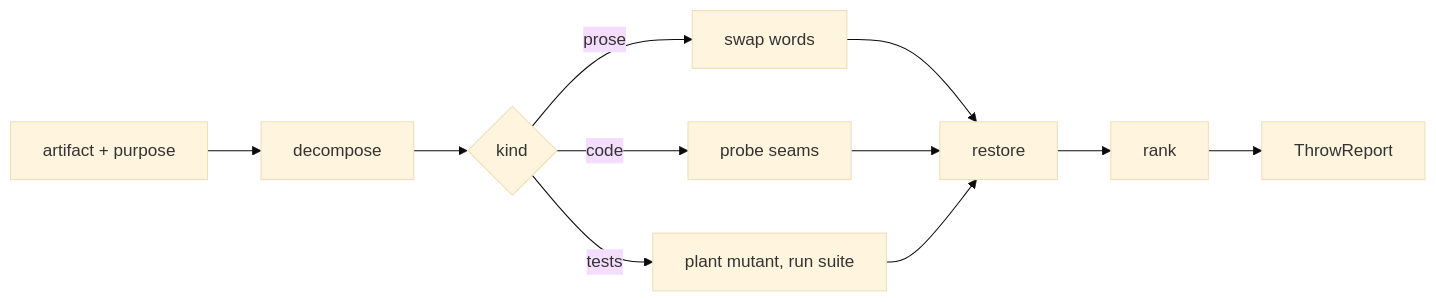
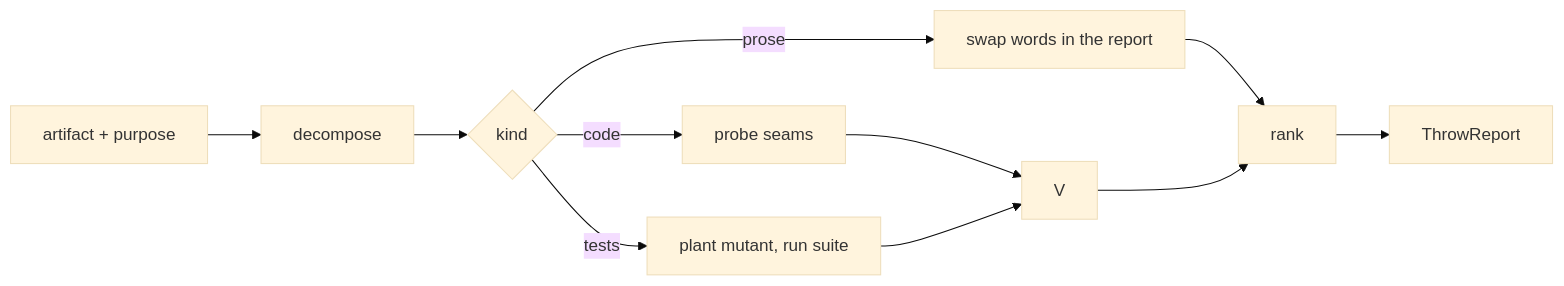
One commit to synapseradio/.claude changed the diagram in agents/rock-thrower.md. Above: the diagram before and after it, drawn with Mermaid (base theme). The commit also changed other lines of this file, not shown here.

Commit message:
refactor(agents): rock-thrower keeps prose swaps in the report

````diff
--- a/agents/rock-thrower.md
+++ b/agents/rock-thrower.md
@@ -18,8 +18,8 @@
 ```mermaid
 graph LR
   A["artifact + purpose"] --> D[decompose] --> K{kind}
-  K -->|prose| M[swap words] --> V[restore]
+  K -->|prose| M[swap words in the report] --> R
   K -->|code| S[probe seams] --> V
   K -->|tests| P[plant mutant, run suite] --> V
   V --> R[rank] --> T[ThrowReport]
 ```
````
